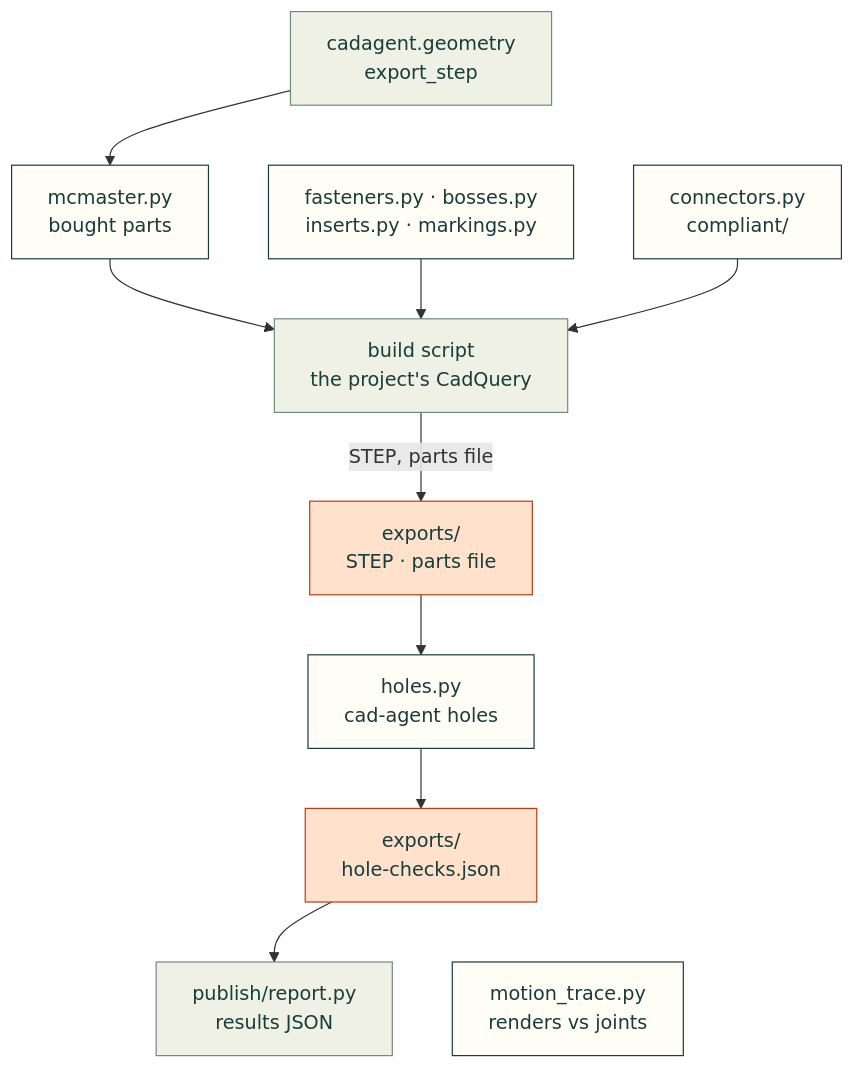
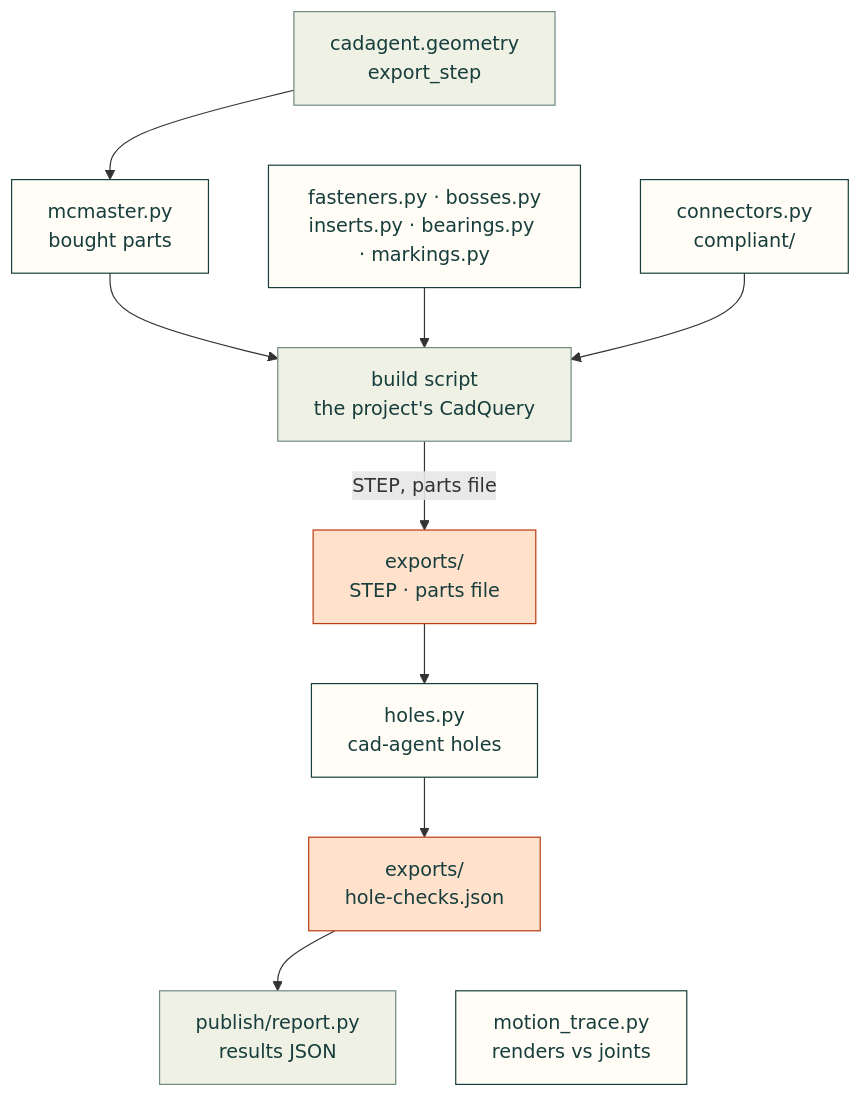
Before and after one commit to Valpatel/cad-agent: the diagram in src/cadagent/mechanical/README.md, drawn with Mermaid. The commit also changed other lines of this file and 9 other files, not shown here.

````diff
--- a/src/cadagent/mechanical/README.md
+++ b/src/cadagent/mechanical/README.md
@@ -12,18 +13,18 @@
 ```mermaid
 flowchart TD
     G["cadagent.geometry<br/>export_step"] --> MC["mcmaster.py<br/>bought parts"]
-    G ~~~ FK["fasteners.py · bosses.py<br/>inserts.py · markings.py"]
+    G ~~~ FK["fasteners.py · bosses.py<br/>inserts.py · bearings.py · markings.py"]
     G ~~~ CC["connectors.py<br/>compliant/"]
     MC & FK & CC --> B["build script<br/>the project's CadQuery"]
     B -->|"STEP, parts file"| X["exports/<br/>STEP · parts file"]
     X --> H["holes.py<br/>cad-agent holes"]
     H --> HJ["exports/<br/>hole-checks.json"]
     HJ --> R["publish/report.py<br/>results JSON"]
     HJ ~~~ MT["motion_trace.py<br/>renders vs joints"]
     classDef here fill:#fffdf5,stroke:#173d3c,color:#173d3c
     classDef near fill:#eef1e4,stroke:#6f8a80,color:#173d3c
     classDef out fill:#ffe1cc,stroke:#bd3a12,color:#173d3c
     class MC,FK,CC,H,MT here
     class G,B,R near
     class X,HJ out
 ```
````
